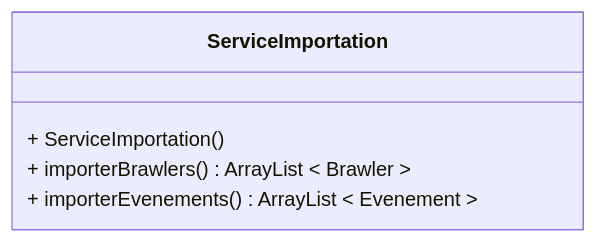
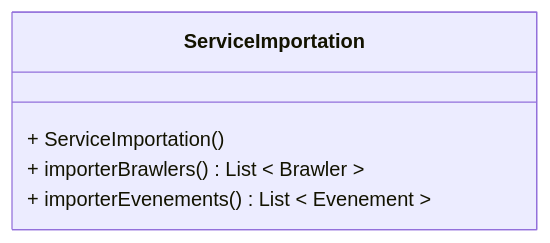
One commit to emf-info-320/320_E1_BrawlStar changed the fourth of 17 diagrams in README.md. Above: the diagram before and after it, drawn with Mermaid. The commit also changed other lines of this file and 40 other files, not shown here.

````diff
--- a/README.md
+++ b/README.md
@@ -187,14 +263,14 @@
 ```mermaid
 classDiagram
 
 
 
     class ServiceImportation   {
         
         + ServiceImportation()
-        + importerBrawlers() ArrayList < Brawler >
-        + importerEvenements() ArrayList < Evenement >
+        + importerBrawlers() List < Brawler >
+        + importerEvenements() List < Evenement >
     }
 
 
 ```
````
